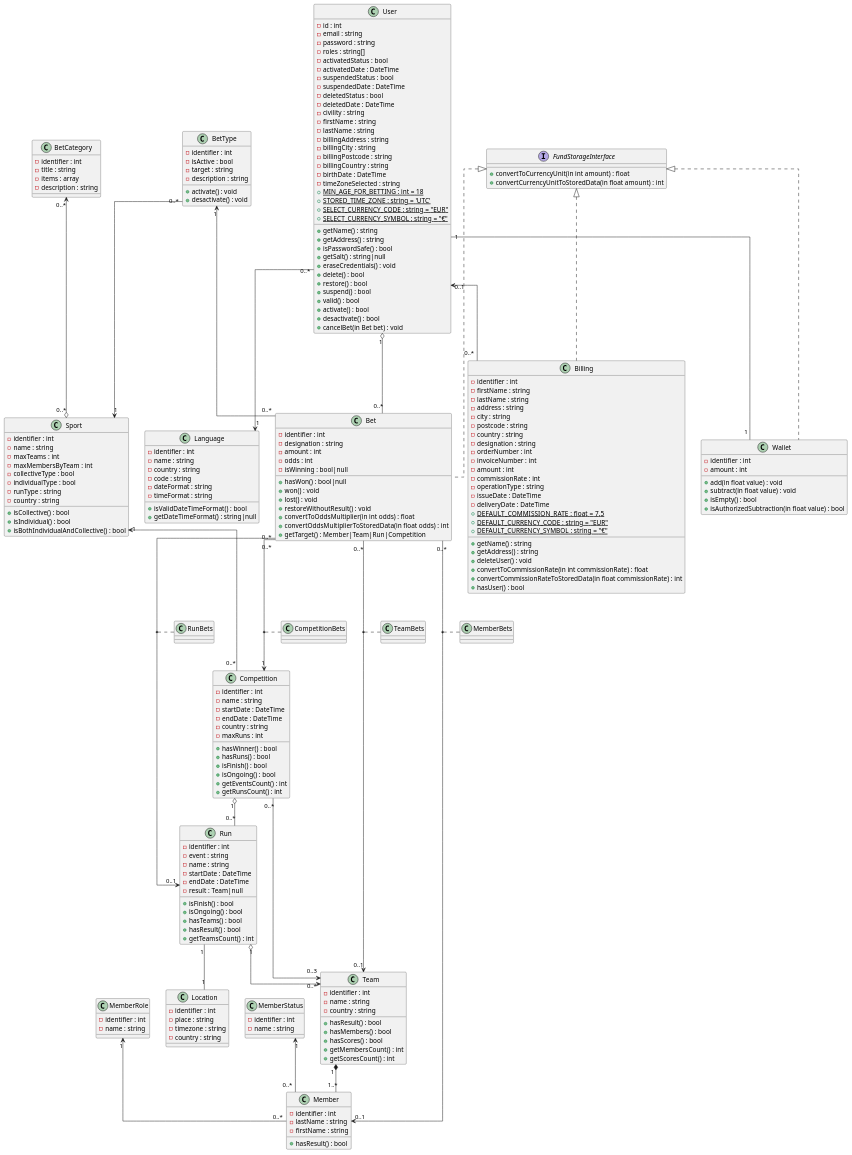
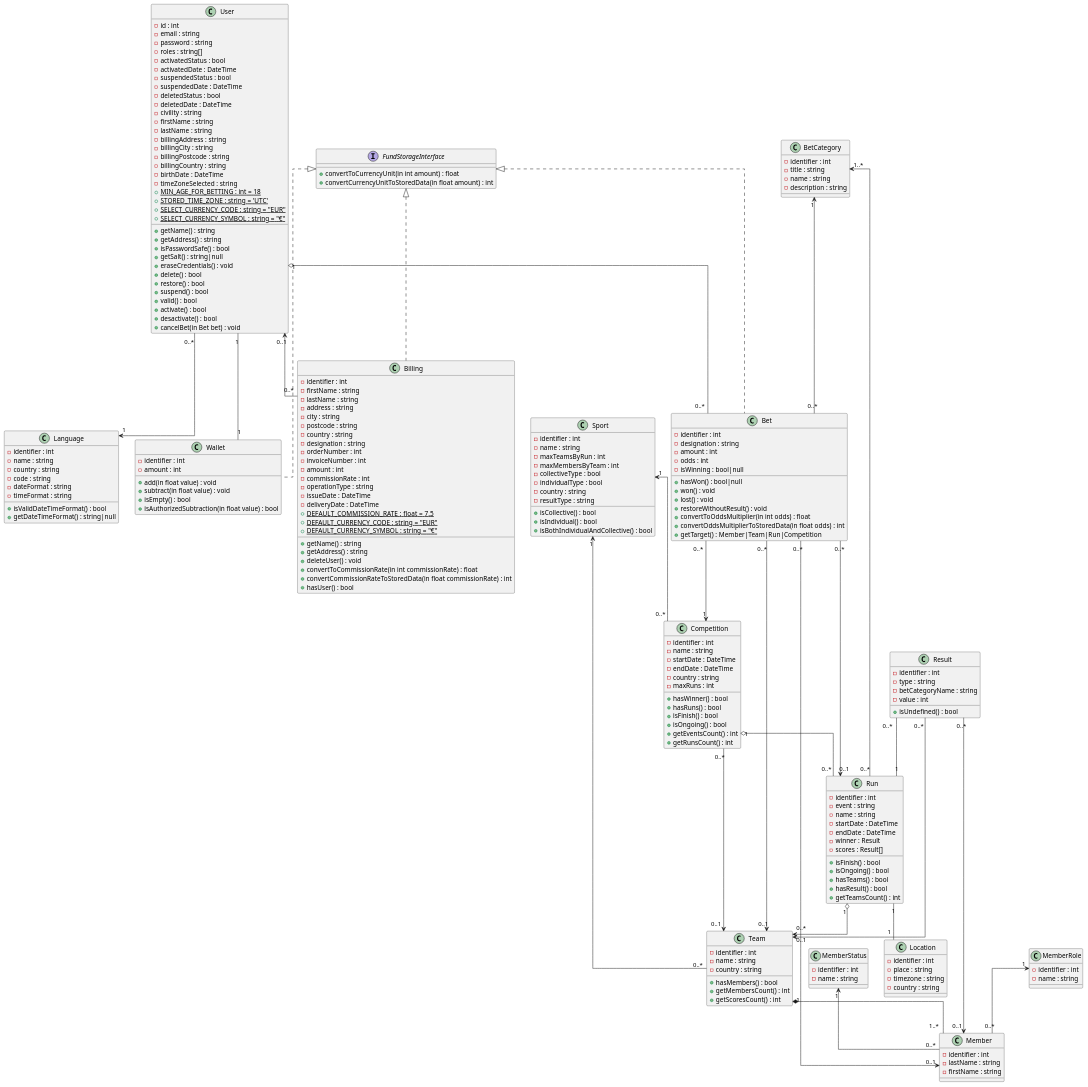
One commit to OFP-CDA-Mulhouse-2020/parisportif5 changed the diagram in docs/Uml/Diagramme_de_classe/Diagramme_de_classe.puml. Above: the diagram before and after it, drawn with PlantUML. The commit also changed 1 other file, not shown here.

Commit message:
2020-12-23 - #2 - Uml refactoring

```diff
--- a/docs/Uml/Diagramme_de_classe/Diagramme_de_classe.puml
+++ b/docs/Uml/Diagramme_de_classe/Diagramme_de_classe.puml
@@ -7,53 +7,41 @@
     'Une facture n'est pas pas forcément lié à un utilisateur existant
     User "0..1" <-- "0..*" Billing
     'Un paris a un type
-    BetType "1" <-- "0..*" Bet
+    BetCategory "1" <-- "0..*" Bet
     'Un utilisateur a un porte-feuille
     User "1" -- "1" Wallet
     'Un utilisateur a des paris
     User "1" o-- "0..*" Bet
-    'Un type de paris est lié à un sport
-    BetType "0..*" --> "1" Sport
-    'Une catégorie de paris est lié a un sport
-    BetCategory "0..*" <--o "0..*" Sport
     'La compétition a une équipe gagnante
-    Competition "0..*" --> "0..3" Team
+    Competition "0..*" --> "0..1" Team
     'Une compétition a plusieurs rencontre ou course
     Competition "1" o-- "0..*" Run
     'Une rencontre ou une course a un lieu
     Run "1" -- "1" Location
-    'Une équipe a des scores (des matchs, des courses)
-    'Team "1" o-- "0..*" Score
     'Une rencontre ou une course a plusieurs équipes
     Run "1" o--> "0..*" Team
     'Une équipe a plusieurs membre
     Team "1" *-- "1..*" Member
     'Une compétition a un sport
     Sport "1" <-- "0..*" Competition
-    'Une équipe a un résultat (gagnant, perdant) même dans le cas de sport individuel
-    'ResultType "0..1" <-- "0..*" Team
-    'Un membre a un résultat dans le cas de sport individuel (gagnant, perdant)
-    'ResultType "0..1" <-- "0..*" Member
+    Result "0..*" -- "1" Run
+    Result "0..*" --> "0..1" Team
+    Result "0..*" --> "0..1" Member
+    BetCategory "1..*" <-- "0..*" Run
+    Sport "1" <-- "0..*" Team
+    'BetCategory "1" <-- "0..*" Result
     'Un membre a un rôle (fonction) tel que pilote, joueur
     MemberRole "1" <-- "0..*" Member
     'Un membre a un status (blessé, titulaire)
     MemberStatus "1" <-- "0..*" Member
     'Liaison potentiel entre un paris et une compétition
     Bet "0..*" --> "1" Competition
-    'Classe d'association entre paris et compétition
-    (Bet, Competition) .. CompetitionBets
     'Liaison potentiel entre un paris et une rencontre ou course
     Bet "0..*" --> "0..1" Run
-    'Classe d'association entre un paris et une rencontre ou course
-    (Bet, Run) .. RunBets
     'Liaison potentiel entre un paris et une équipe
     Bet "0..*" --> "0..1" Team
-    'Classe d'association entre un paris et une équipe
-    (Bet, Team) .. TeamBets
     'Liaison potentiel entre un paris et un membre
     Bet "0..*" --> "0..1" Member
-    'Classe d'association entre un paris et un membre
-    (Bet, Member) .. MemberBets
     'Implémentation de l'interface FundStorageInterface par l'entité Billing
     FundStorageInterface <|.. Billing
     'Implémentation de l'interface FundStorageInterface par l'entité Wallet
@@ -76,11 +64,6 @@
         -identifier : int
         -name : string
     }
-    'Type de résultat (gagnant, perdant, ex aequo)
-    'class ResultType {
-    '    -identifier : int
-    '    -name : string
-    '}
     'Porte-feuille de l'utilisateur avec des fonds (de l'argent gagnés)
     class Wallet {
         -identifier : int
@@ -181,20 +164,11 @@
         +convertOddsMultiplierToStoredData(in float odds) : int
         +getTarget() : Member|Team|Run|Competition
     }
-    'Type de paris (ex: Paris sur la victoire d'1 équipe)
-    class BetType {
-        -identifier : int
-        -isActive : bool
-        -target : string
-        -description : string
-        +activate() : void
-        +desactivate() : void
-    }
-    'Catégorie de paris (ex: Paris sur les résultats)
+    'Catégorie de paris (ex: Paris sur le résultat)
     class BetCategory {
         -identifier : int
         -title : string
-        -items : array
+        -name : string
         -description : string
     }
     'Lieu de la rencontre/course
@@ -208,12 +182,12 @@
     class Sport {
         -identifier : int
         -name : string
-        -maxTeams : int
+        -maxTeamsByRun : int
         -maxMembersByTeam : int
         -collectiveType : bool
         -individualType : bool
-        -runType : string
         -country : string
+        -resultType : string
         +isCollective() : bool
         +isIndividual() : bool
         +isBothIndividualAndCollective() : bool
@@ -240,35 +214,34 @@
         -name : string
         -startDate : DateTime
         -endDate : DateTime
-        -result : Team|null
+        -winner : Result
+        -scores : Result[]
         +isFinish() : bool
         +isOngoing() : bool
         +hasTeams() : bool
         +hasResult() : bool
         +getTeamsCount() : int
     }
-    'Score de l'équipe ou du membre de l'équipe
-    'class Score {
-    '    -identifier : int
-    '    -value : int
-    '    -runType : string
-    '    +getScore() : int
-    '}
+    'Résultat du match ou de la course
+    class Result {
+        -identifier : int
+        -type : string
+        -betCategoryName : string
+        -value : int
+        +isUndefined() : bool
+    }
     'Joueur ou sportif ou pilote
     class Member {
         -identifier : int
         -lastName : string
         -firstName : string
-        +hasResult() : bool
     }
     'Équipes qui participe à une rencontre, à une course
     class Team {
         -identifier : int
         -name : string
         -country : string
-        +hasResult() : bool
         +hasMembers() : bool
-        +hasScores() : bool
         +getMembersCount() : int
         +getScoresCount() : int
     }
```
